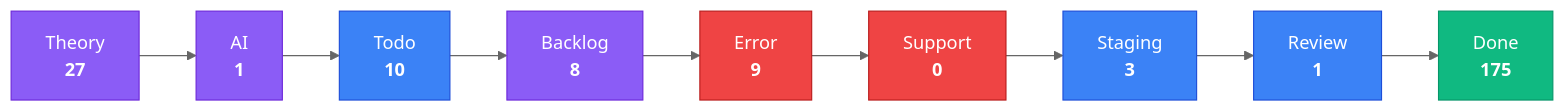
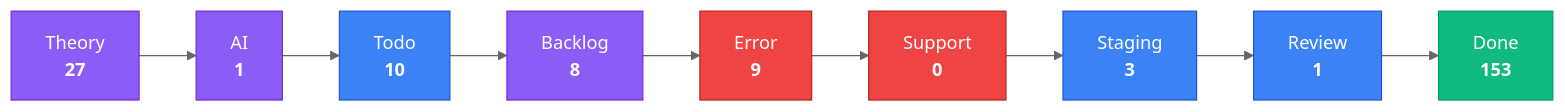
Before and after one commit to KBVE/kbve: the third of 4 diagrams in apps/kbve/astro-kbve/src/content/docs/dashboard/kanban-data.mdx, drawn with Mermaid (neutral theme). The commit also changed other lines of this file and 5 other files, not shown here.

````diff
--- a/apps/kbve/astro-kbve/src/content/docs/dashboard/kanban-data.mdx
+++ b/apps/kbve/astro-kbve/src/content/docs/dashboard/kanban-data.mdx
@@ -80,28 +80,28 @@
 ```mermaid
 flowchart LR
     classDef planning fill:#8b5cf6,stroke:#6d28d9,color:#fff
     classDef active fill:#3b82f6,stroke:#1d4ed8,color:#fff
     classDef blocked fill:#ef4444,stroke:#b91c1c,color:#fff
     classDef done fill:#10b981,stroke:#059669,color:#fff
     Theory["Theory<br/><strong>27</strong>"]
     Theory --> AI
     AI["AI<br/><strong>1</strong>"]
     AI --> Todo
     Todo["Todo<br/><strong>10</strong>"]
     Todo --> Backlog
     Backlog["Backlog<br/><strong>8</strong>"]
     Backlog --> Error
     Error["Error<br/><strong>9</strong>"]
     Error --> Support
     Support["Support<br/><strong>0</strong>"]
     Support --> Staging
     Staging["Staging<br/><strong>3</strong>"]
     Staging --> Review
     Review["Review<br/><strong>1</strong>"]
     Review --> Done
-    Done["Done<br/><strong>175</strong>"]
+    Done["Done<br/><strong>153</strong>"]
     class Theory,AI,Backlog planning
     class Todo,Staging,Review active
     class Error,Support blocked
     class Done done
 ```
````
